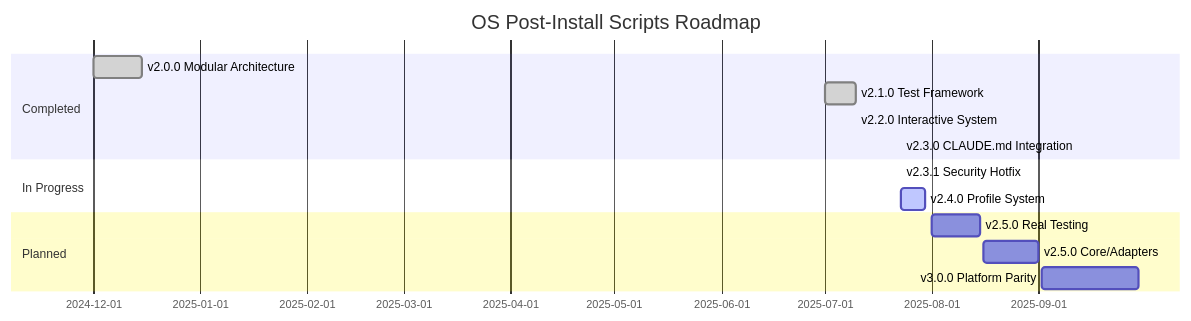
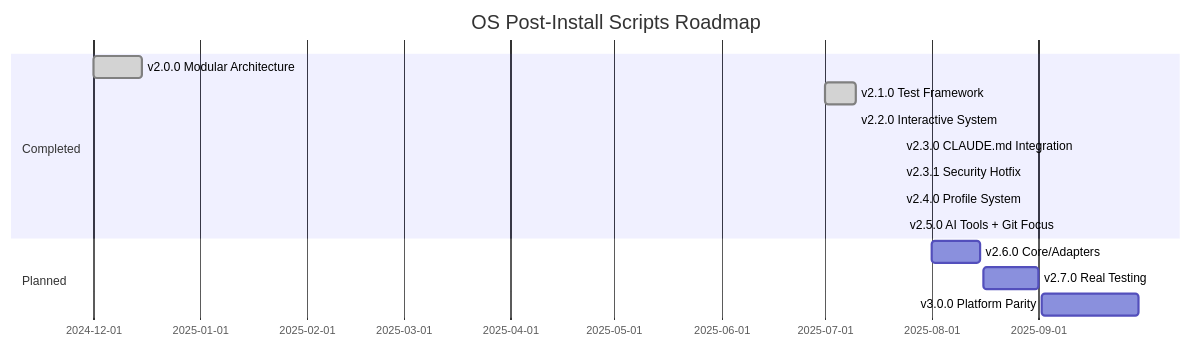
The diagram in ROADMAP.md (BragatteMAS/os-postinstall-scripts), drawn with Mermaid before and after one commit. The commit also changed other lines of this file and 2 other files, not shown here.

````diff
--- a/ROADMAP.md
+++ b/ROADMAP.md
@@ -11,17 +11,17 @@
 ```mermaid
 gantt
     title OS Post-Install Scripts Roadmap
     dateFormat YYYY-MM-DD
     section Completed
         v2.0.0 Modular Architecture    :done, 2024-12-01, 2024-12-15
         v2.1.0 Test Framework          :done, 2025-07-01, 2025-07-10
         v2.2.0 Interactive System      :done, 2025-07-10, 2025-07-10
         v2.3.0 CLAUDE.md Integration   :done, 2025-07-23, 2025-07-23
-    section In Progress
         v2.3.1 Security Hotfix         :done, 2025-07-23, 2025-07-23
-        v2.4.0 Profile System          :active, 2025-07-23, 2025-07-30
+        v2.4.0 Profile System          :done, 2025-07-23, 2025-07-23
+        v2.5.0 AI Tools + Git Focus    :done, 2025-07-24, 2025-07-24
     section Planned
-        v2.5.0 Real Testing            :2025-08-01, 2025-08-15
-        v2.5.0 Core/Adapters          :2025-08-16, 2025-09-01
+        v2.6.0 Core/Adapters          :2025-08-01, 2025-08-15
+        v2.7.0 Real Testing           :2025-08-16, 2025-09-01
         v3.0.0 Platform Parity        :2025-09-02, 2025-09-30
 ```
````
